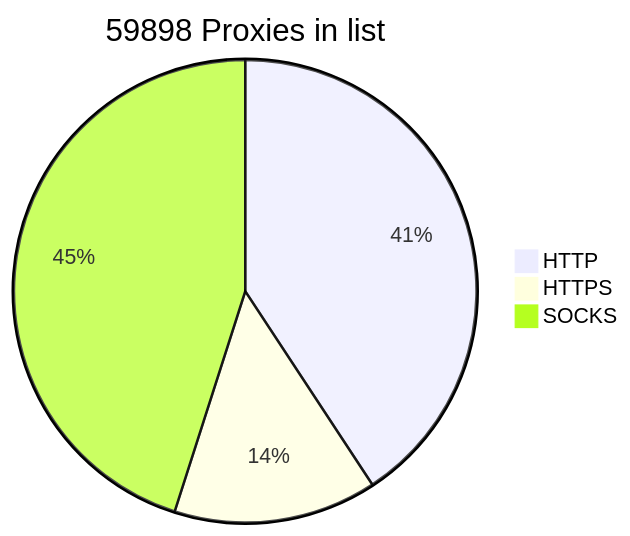
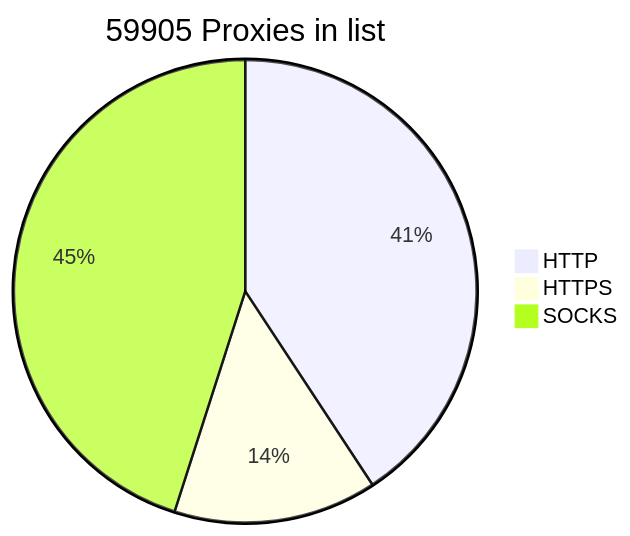
Before and after one commit to BlackSnowDot/proxylist-update-every-minute: the diagram in README.md, drawn with Mermaid.

````diff
--- a/README.md
+++ b/README.md
@@ -2,6 +2,6 @@
 ```mermaid
-pie title 59898 Proxies in list
-    "HTTP" : 27590
-    "HTTPS": 9607
+pie title 59905 Proxies in list
+    "HTTP" : 27591
+    "HTTPS": 9613
     "SOCKS" : 30514
 ```
````
